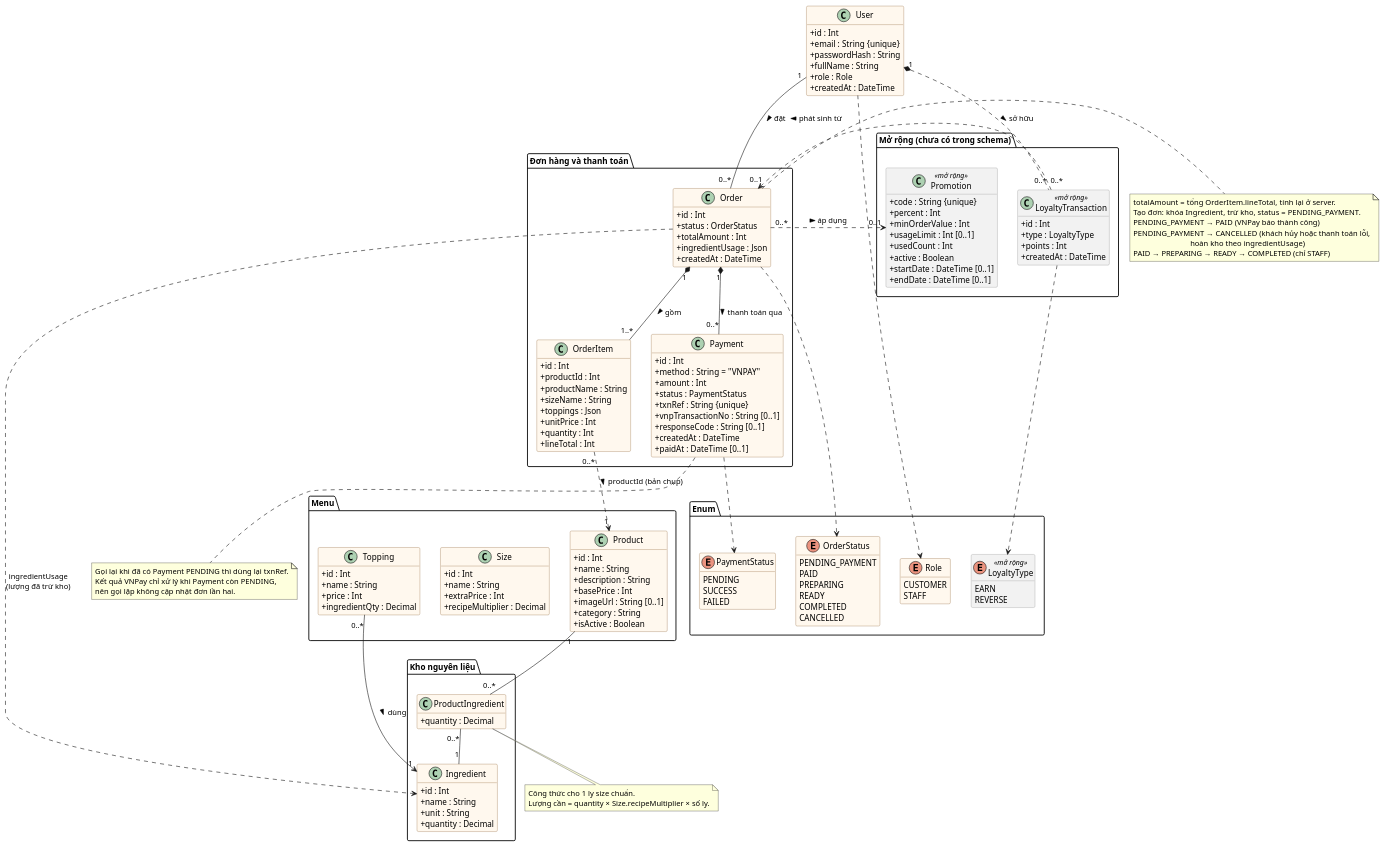
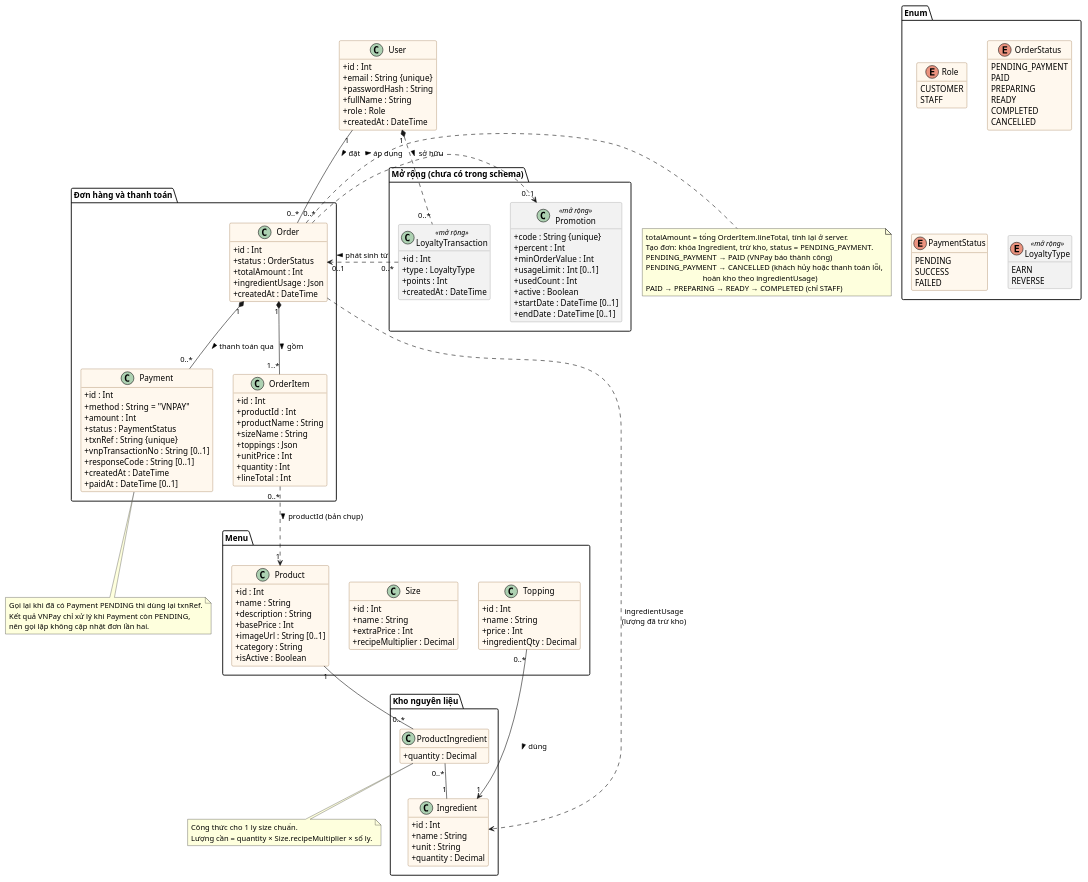
The diagram in docs/diagrams/class-domain.puml (NguyenphamThaitu/FE_brewlite_hk1), drawn with PlantUML before and after one commit. The commit also changed 1 other file, not shown here.

Commit message:
docs(task-2): add rendered svg of domain class diagram
Drop the class-to-enum dependency arrows (types are already shown on attributes) to make the rendered diagram readable.

```diff
--- a/docs/diagrams/class-domain.puml
+++ b/docs/diagrams/class-domain.puml
@@ -1,175 +1,170 @@
 @startuml class-domain
 ' BrewLite - Class diagram muc domain (Task 2.3)
 ' Bam theo apps/api/prisma/schema.prisma. Mo ta: docs/diagrams/class-domain.md
 hide empty members
 skinparam classAttributeIconSize 0
 skinparam shadowing false
 skinparam class {
   BackgroundColor #FFF8EE
   BorderColor #8A5A2B
   BackgroundColor<<mở rộng>> #F2F2F2
   BorderColor<<mở rộng>> #888888
 }
 skinparam enum {
   BackgroundColor #EEF5FF
   BorderColor #3A6EA5
 }
 
 package "Enum" {
   enum Role {
     CUSTOMER
     STAFF
   }
   enum OrderStatus {
     PENDING_PAYMENT
     PAID
     PREPARING
     READY
     COMPLETED
     CANCELLED
   }
   enum PaymentStatus {
     PENDING
     SUCCESS
     FAILED
   }
   enum LoyaltyType <<mở rộng>> {
     EARN
     REVERSE
   }
 }
 
 class User {
   + id : Int
   + email : String {unique}
   + passwordHash : String
   + fullName : String
   + role : Role
   + createdAt : DateTime
 }
 
 package "Menu" {
   class Product {
     + id : Int
     + name : String
     + description : String
     + basePrice : Int
     + imageUrl : String [0..1]
     + category : String
     + isActive : Boolean
   }
   class Size {
     + id : Int
     + name : String
     + extraPrice : Int
     + recipeMultiplier : Decimal
   }
   class Topping {
     + id : Int
     + name : String
     + price : Int
     + ingredientQty : Decimal
   }
 }
 
 package "Kho nguyên liệu" {
   class Ingredient {
     + id : Int
     + name : String
     + unit : String
     + quantity : Decimal
   }
   class ProductIngredient {
     + quantity : Decimal
   }
 }
 
 package "Đơn hàng và thanh toán" {
   class Order {
     + id : Int
     + status : OrderStatus
     + totalAmount : Int
     + ingredientUsage : Json
     + createdAt : DateTime
   }
   class OrderItem {
     + id : Int
     + productId : Int
     + productName : String
     + sizeName : String
     + toppings : Json
     + unitPrice : Int
     + quantity : Int
     + lineTotal : Int
   }
   class Payment {
     + id : Int
     + method : String = "VNPAY"
     + amount : Int
     + status : PaymentStatus
     + txnRef : String {unique}
     + vnpTransactionNo : String [0..1]
     + responseCode : String [0..1]
     + createdAt : DateTime
     + paidAt : DateTime [0..1]
   }
 }
 
 package "Mở rộng (chưa có trong schema)" {
   class Promotion <<mở rộng>> {
     + code : String {unique}
     + percent : Int
     + minOrderValue : Int
     + usageLimit : Int [0..1]
     + usedCount : Int
     + active : Boolean
     + startDate : DateTime [0..1]
     + endDate : DateTime [0..1]
   }
   class LoyaltyTransaction <<mở rộng>> {
     + id : Int
     + type : LoyaltyType
     + points : Int
     + createdAt : DateTime
   }
 }
 
 User "1" -- "0..*" Order : đặt >
 Order "1" *-- "1..*" OrderItem : gồm >
 OrderItem "0..*" ..> "1" Product : productId (bản chụp) >
 Order "1" *-- "0..*" Payment : thanh toán qua >
 
 Product "1" -- "0..*" ProductIngredient
 ProductIngredient "0..*" -- "1" Ingredient
 Topping "0..*" --> "1" Ingredient : dùng >
 Order ..> Ingredient : ingredientUsage\n(lượng đã trừ kho)
 
 Order "0..*" ..> "0..1" Promotion : áp dụng >
 User "1" *.. "0..*" LoyaltyTransaction : sở hữu >
 LoyaltyTransaction "0..*" ..> "0..1" Order : phát sinh từ >
 
-User ..> Role
-Order ..> OrderStatus
-Payment ..> PaymentStatus
-LoyaltyTransaction ..> LoyaltyType
-
 note right of Order
   totalAmount = tổng OrderItem.lineTotal, tính lại ở server.
   Tạo đơn: khóa Ingredient, trừ kho, status = PENDING_PAYMENT.
   PENDING_PAYMENT → PAID (VNPay báo thành công)
   PENDING_PAYMENT → CANCELLED (khách hủy hoặc thanh toán lỗi,
                                hoàn kho theo ingredientUsage)
   PAID → PREPARING → READY → COMPLETED (chỉ STAFF)
 end note
 
 note bottom of Payment
   Gọi lại khi đã có Payment PENDING thì dùng lại txnRef.
   Kết quả VNPay chỉ xử lý khi Payment còn PENDING,
   nên gọi lặp không cập nhật đơn lần hai.
 end note
 
 note bottom of ProductIngredient
   Công thức cho 1 ly size chuẩn.
   Lượng cần = quantity × Size.recipeMultiplier × số ly.
 end note
 @enduml
```
